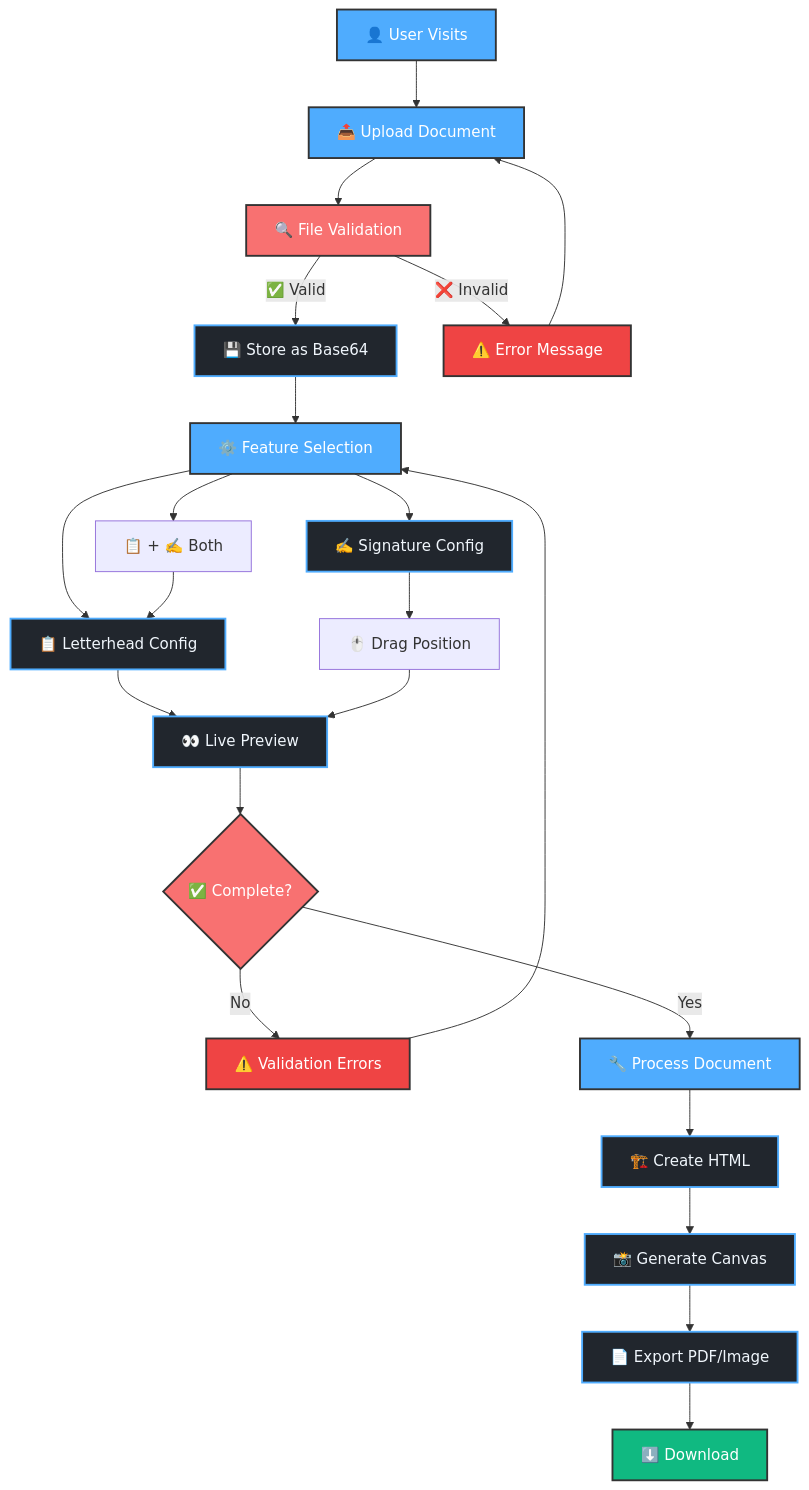
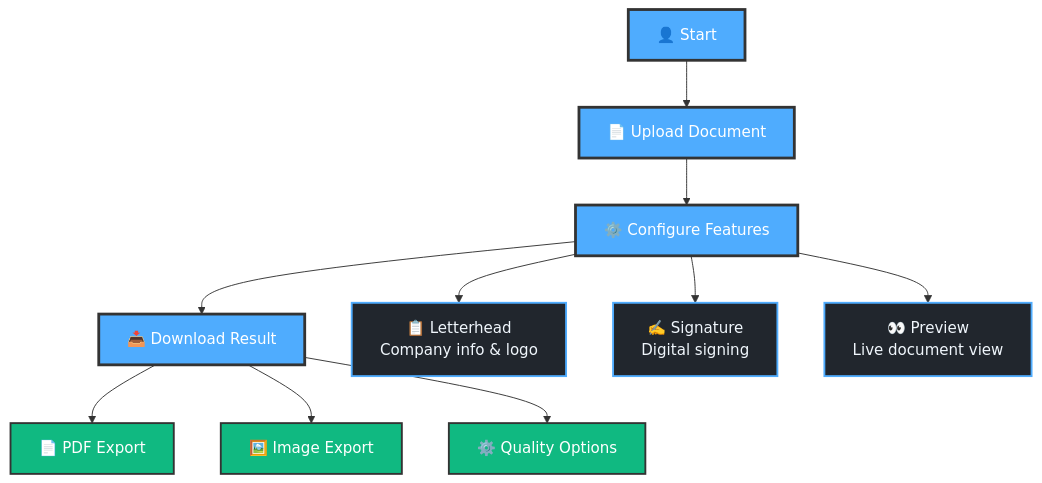
The diagram in README.md (Bryan-b/docr), drawn with Mermaid before and after one commit. The commit also changed other lines of this file, not shown here.

Commit message:
Update README with revised flowchart and feature descriptions

````diff
--- a/README.md
+++ b/README.md
@@ -7,40 +7,30 @@
 ```mermaid
 flowchart TD
-    A[👤 User Visits] --> B[📤 Upload Document]
-    B --> C[🔍 File Validation]
-    C -->|✅ Valid| D[💾 Store as Base64]
-    C -->|❌ Invalid| E[⚠️ Error Message]
-    E --> B
+    A[👤 Start] --> B[📄 Upload Document]
+    B --> C[⚙️ Configure Features]
+    C --> D[📥 Download Result]
     
-    D --> F[⚙️ Feature Selection]
-    F --> G[📋 Letterhead Config]
-    F --> H[✍️ Signature Config]
-    F --> I[📋 + ✍️ Both]
+    B1[📋 Letterhead<br/>Company info & logo]
+    B2[✍️ Signature<br/>Digital signing]
+    B3[👀 Preview<br/>Live document view]
     
-    G --> J[👀 Live Preview]
-    H --> K[🖱️ Drag Position]
-    K --> J
-    I --> G
+    C --> B1
+    C --> B2
+    C --> B3
     
-    J --> L{✅ Complete?}
-    L -->|No| M[⚠️ Validation Errors]
-    M --> F
-    L -->|Yes| N[🔧 Process Document]
+    D1[📄 PDF Export]
+    D2[🖼️ Image Export]
+    D3[⚙️ Quality Options]
     
-    N --> O[🏗️ Create HTML]
-    O --> P[📸 Generate Canvas]
-    P --> Q[📄 Export PDF/Image]
-    Q --> R[⬇️ Download]
+    D --> D1
+    D --> D2
+    D --> D3
     
-    classDef user fill:#4facfe,stroke:#333,stroke-width:2px,color:#fff
-    classDef process fill:#21262d,stroke:#4facfe,stroke-width:2px,color:#f0f6fc
-    classDef decision fill:#f87171,stroke:#333,stroke-width:2px,color:#fff
-    classDef success fill:#10b981,stroke:#333,stroke-width:2px,color:#fff
-    classDef error fill:#ef4444,stroke:#333,stroke-width:2px,color:#fff
+    classDef main fill:#4facfe,stroke:#333,stroke-width:3px,color:#fff
+    classDef feature fill:#21262d,stroke:#4facfe,stroke-width:2px,color:#f0f6fc
+    classDef output fill:#10b981,stroke:#333,stroke-width:2px,color:#fff
     
-    class A,B,F,N,R user
-    class D,G,H,J,O,P,Q process
-    class C,L decision
-    class R success
-    class E,M error
+    class A,B,C,D main
+    class B1,B2,B3 feature
+    class D1,D2,D3 output
 ```
````
